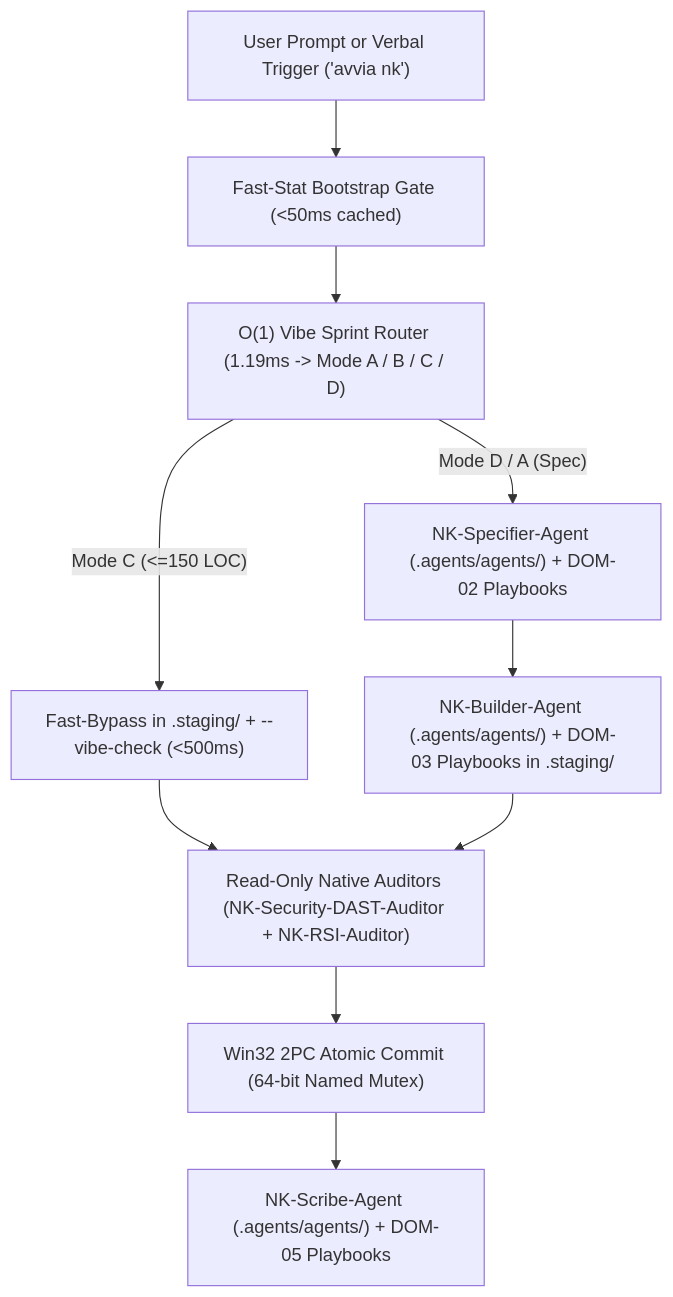
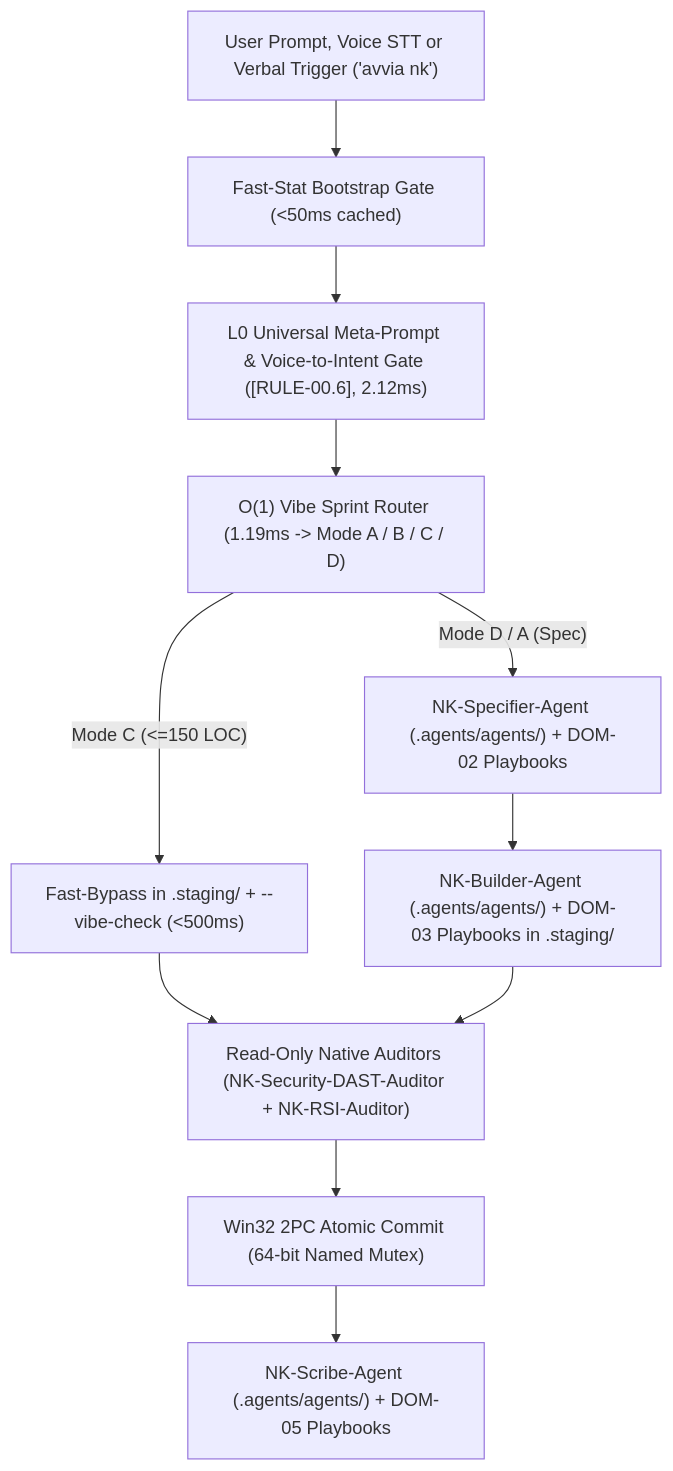
The first of 2 diagrams in README.md (erbaldo86/NK-Hub), drawn with Mermaid before and after one commit. The commit also changed other lines of this file and 28 other files, not shown here.

Commit message:
Release v4.1.0-Super-Meta-Prompt-Gate (WP13-UNIFIED): Gate L0 [RULE-00.6], STT Normalizer, FSM Anti-Loop e 90 Golden Tests

````diff
--- a/README.md
+++ b/README.md
@@ -80,12 +83,13 @@
 ```mermaid
 flowchart TD
-    U["User Prompt or Verbal Trigger ('avvia nk')"] --> B["Fast-Stat Bootstrap Gate (<50ms cached)"]
-    B --> R["O(1) Vibe Sprint Router (1.19ms -> Mode A / B / C / D)"]
+    U["User Prompt, Voice STT or Verbal Trigger ('avvia nk')"] --> B["Fast-Stat Bootstrap Gate (<50ms cached)"]
+    B --> G0["L0 Universal Meta-Prompt & Voice-to-Intent Gate ([RULE-00.6], 2.12ms)"]
+    G0 --> R["O(1) Vibe Sprint Router (1.19ms -> Mode A / B / C / D)"]
     R -->|"Mode C (<=150 LOC)"| FB["Fast-Bypass in .staging/ + --vibe-check (<500ms)"]
     R -->|"Mode D / A (Spec)"| A1["NK-Specifier-Agent (.agents/agents/) + DOM-02 Playbooks"]
     A1 --> A2["NK-Builder-Agent (.agents/agents/) + DOM-03 Playbooks in .staging/"]
     FB --> A3["Read-Only Native Auditors (NK-Security-DAST-Auditor + NK-RSI-Auditor)"]
     A2 --> A3
     A3 --> C["Win32 2PC Atomic Commit (64-bit Named Mutex)"]
     C --> A4["NK-Scribe-Agent (.agents/agents/) + DOM-05 Playbooks"]
 ```
````
